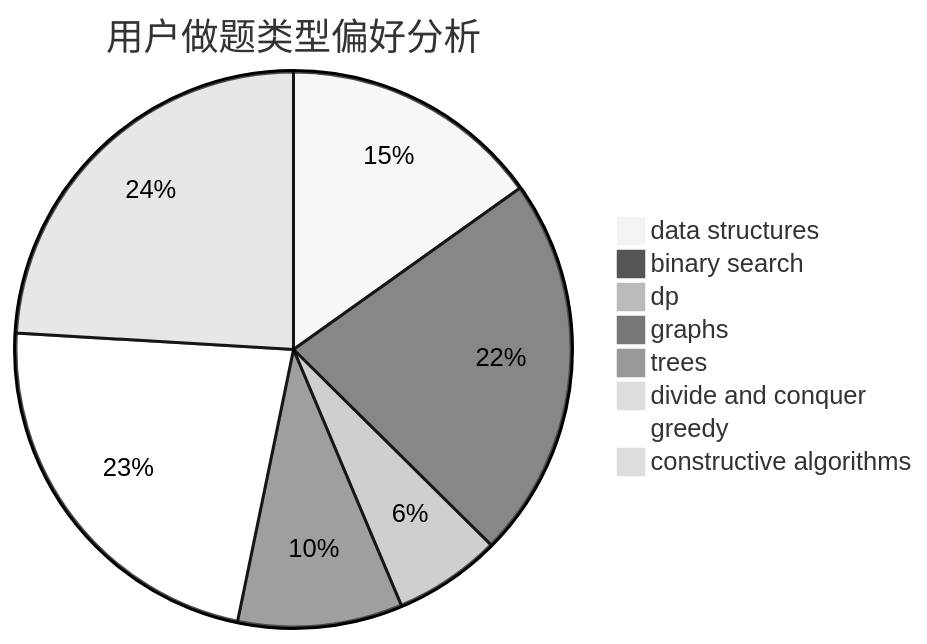
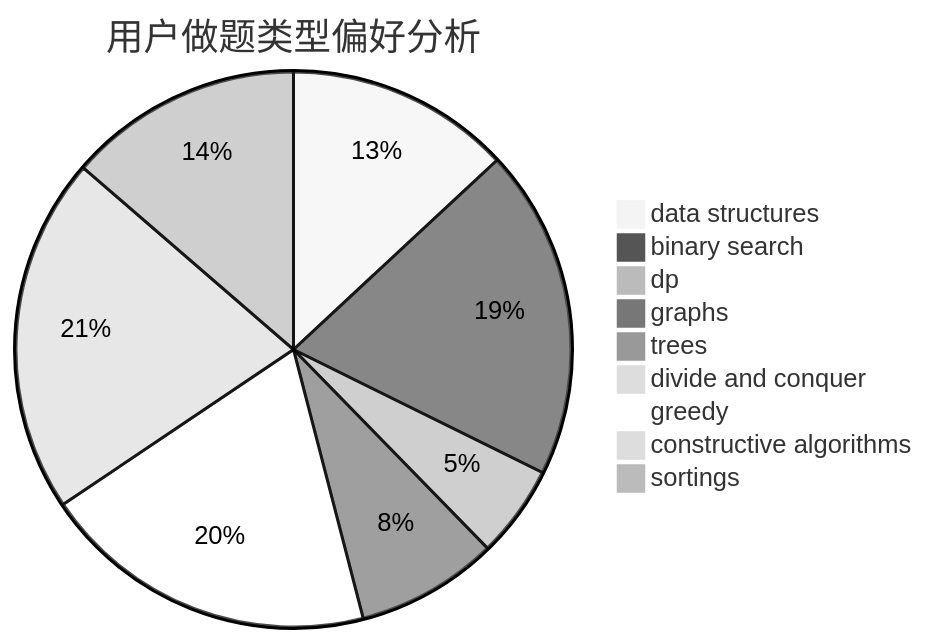
The second of 3 diagrams in docs/user/u700.md (sherpahu/cfrs.github.io), drawn with Mermaid (neutral theme) before and after one commit. The commit also changed other lines of this file and 2769 other files, not shown here.

````diff
--- a/docs/user/u700.md
+++ b/docs/user/u700.md
@@ -23,11 +18,12 @@
 ```mermaid
 pie title 用户做题类型偏好分析
     "data structures" :  68
     "binary search" :  100
     "dp" :  28
     "graphs" :  43
     "trees" :  0
     "divide and conquer" :  0
     "greedy" :  102
     "constructive algorithms" :  108
+    "sortings" :  71
 ```
````
